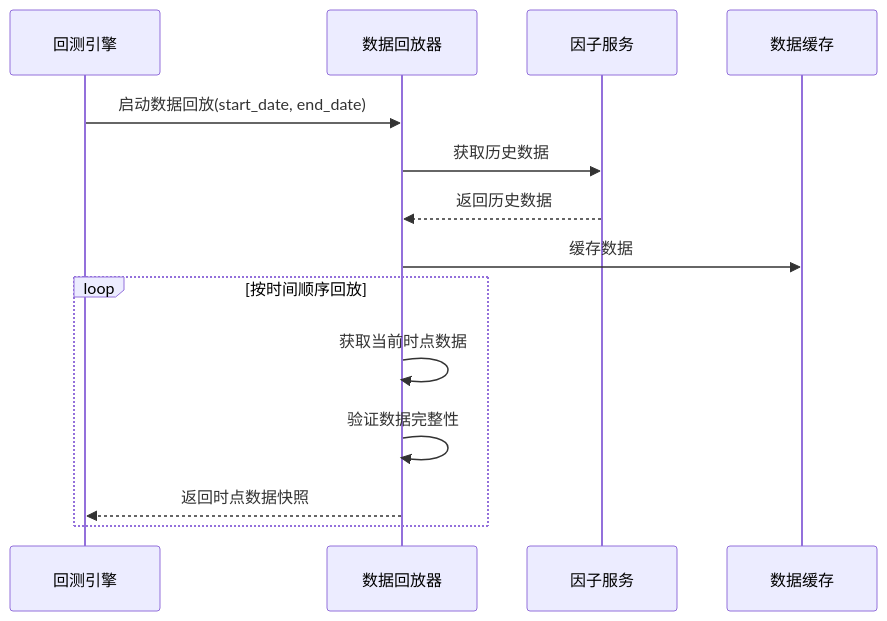
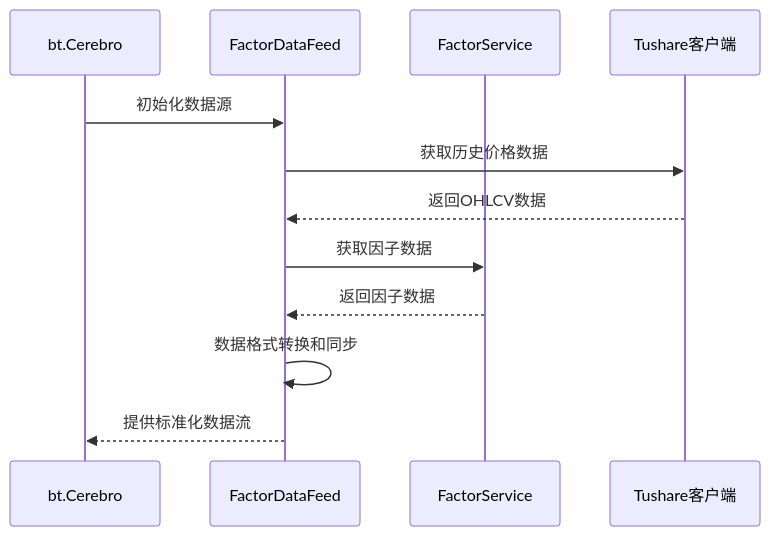
One commit to Casper-Mars/qtrade changed the second of 7 diagrams in docs/iteration-3-prediction-model/tasks_backtest_engine.md. Above: the diagram before and after it, drawn with Mermaid. The commit also changed other lines of this file, not shown here.

First line of the commit message:
docs(回测引擎): 更新任务拆分文档以反映Backtrader集成

````diff
--- a/docs/iteration-3-prediction-model/tasks_backtest_engine.md
+++ b/docs/iteration-3-prediction-model/tasks_backtest_engine.md
@@ -51,17 +54,15 @@
     ```mermaid
     sequenceDiagram
-        participant Engine as 回测引擎
-        participant Replayer as 数据回放器
-        participant FactorService as 因子服务
-        participant Cache as 数据缓存
+        participant Cerebro as bt.Cerebro
+        participant DataFeed as FactorDataFeed
+        participant FS as FactorService
+        participant TushareClient as Tushare客户端
         
-        Engine->>Replayer: 启动数据回放(start_date, end_date)
-        Replayer->>FactorService: 获取历史数据
-        FactorService-->>Replayer: 返回历史数据
-        Replayer->>Cache: 缓存数据
-        loop 按时间顺序回放
-            Replayer->>Replayer: 获取当前时点数据
-            Replayer->>Replayer: 验证数据完整性
-            Replayer-->>Engine: 返回时点数据快照
-        end
+        Cerebro->>DataFeed: 初始化数据源
+        DataFeed->>TushareClient: 获取历史价格数据
+        TushareClient-->>DataFeed: 返回OHLCV数据
+        DataFeed->>FS: 获取因子数据
+        FS-->>DataFeed: 返回因子数据
+        DataFeed->>DataFeed: 数据格式转换和同步
+        DataFeed-->>Cerebro: 提供标准化数据流
     ```
````
